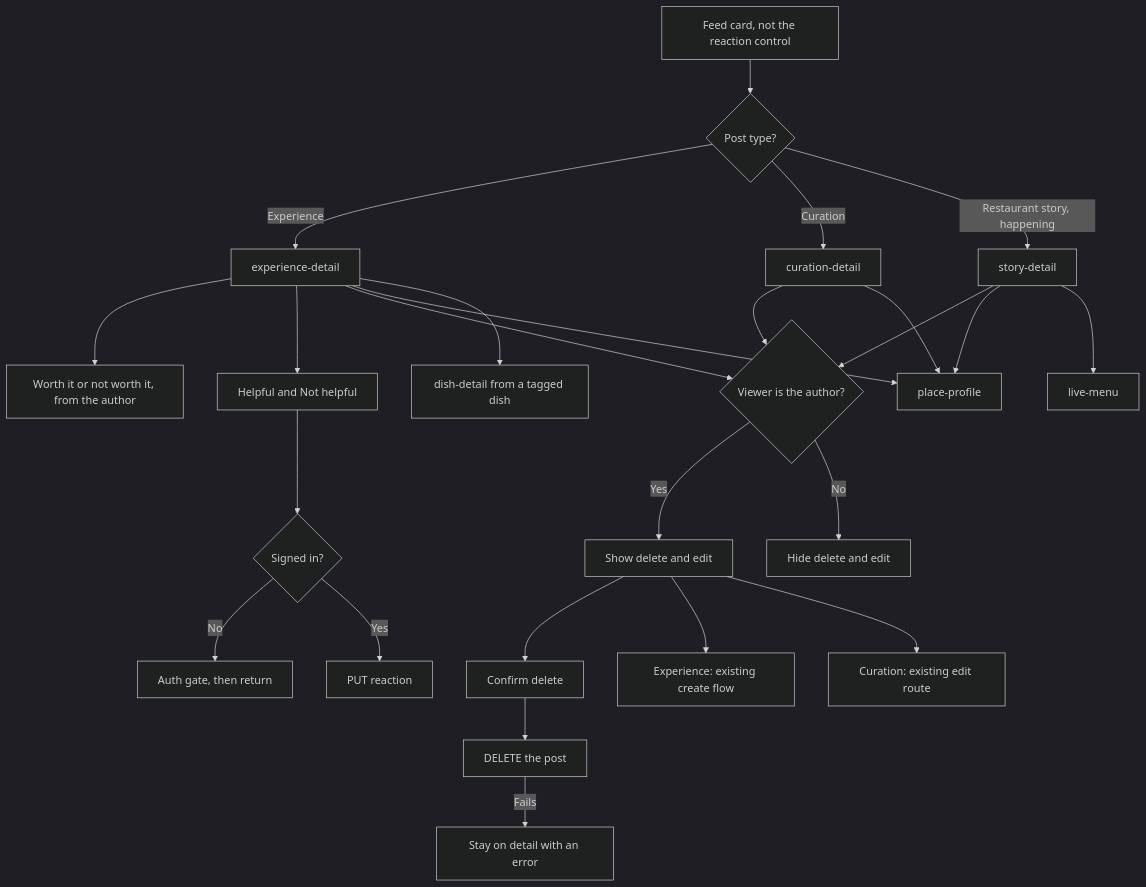
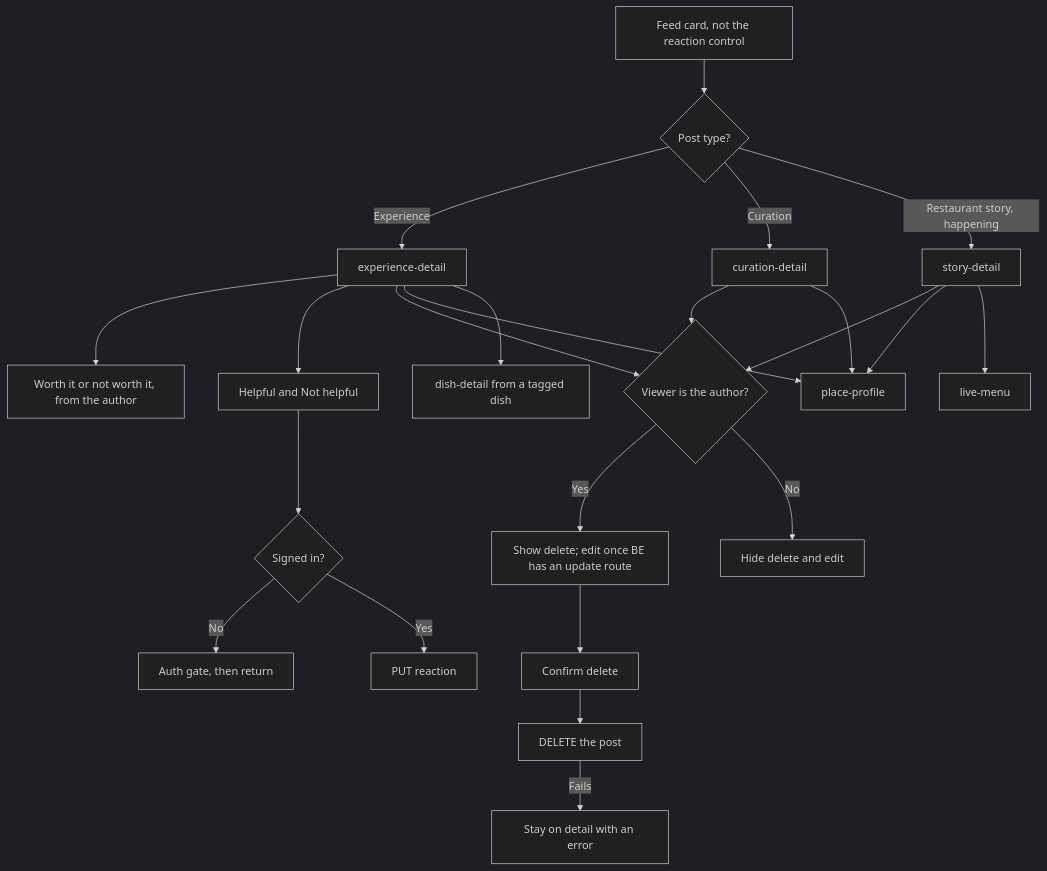
Before and after one commit to bawra11/elite-product: the diagram in product/detail-flows/07-post-detail.md, drawn with Mermaid (dark theme). The commit also changed other lines of this file and 3 other files, not shown here.

First line of the commit message:
Detail flows: match the create, curation, post and profile fixes

````diff
--- a/product/detail-flows/07-post-detail.md
+++ b/product/detail-flows/07-post-detail.md
@@ -5,31 +5,29 @@
 ```mermaid
 flowchart TD
   card["Feed card, not the reaction control"] --> kind{Post type?}
   kind -->|Experience| exp["experience-detail"]
   kind -->|Curation| cur["curation-detail"]
   kind -->|Restaurant story, happening| story["story-detail"]
 
   exp --> worth["Worth it or not worth it, from the author"]
   exp --> votes["Helpful and Not helpful"]
   votes --> who{Signed in?}
   who -->|No| gate["Auth gate, then return"]
   who -->|Yes| sent["PUT reaction"]
 
   exp --> author{Viewer is the author?}
   cur --> author
   story --> author
-  author -->|Yes| actions["Show delete and edit"]
+  author -->|Yes| actions["Show delete; edit once BE has an update route"]
   author -->|No| hide["Hide delete and edit"]
 
   actions --> confirmDel["Confirm delete"]
   confirmDel --> del["DELETE the post"]
   del -->|Fails| stay["Stay on detail with an error"]
-  actions --> editExp["Experience: existing create flow"]
-  actions --> editCur["Curation: existing edit route"]
 
   exp --> place["place-profile"]
   exp --> dish["dish-detail from a tagged dish"]
   cur --> place
   story --> place
   story --> menu["live-menu"]
 ```
````
